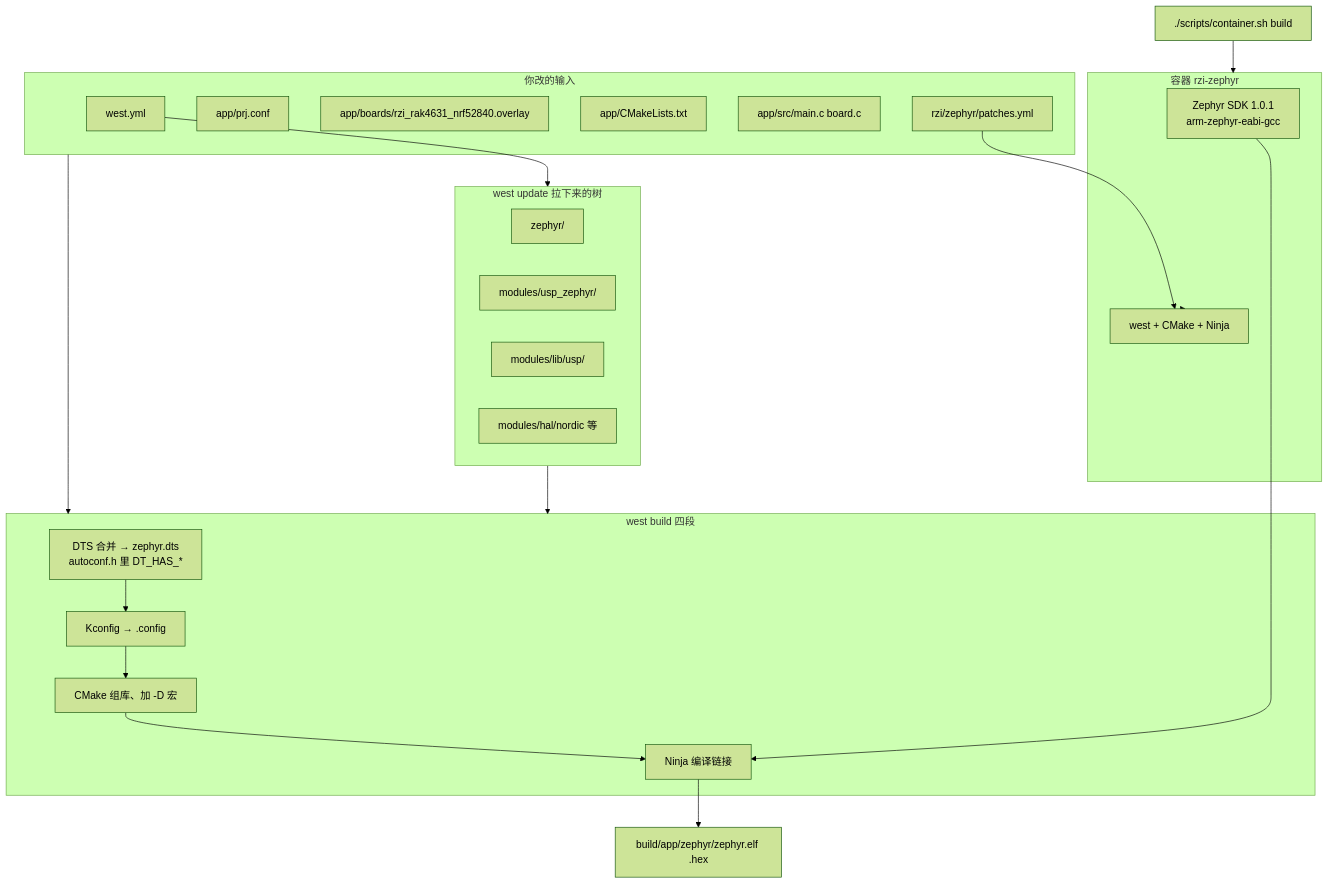
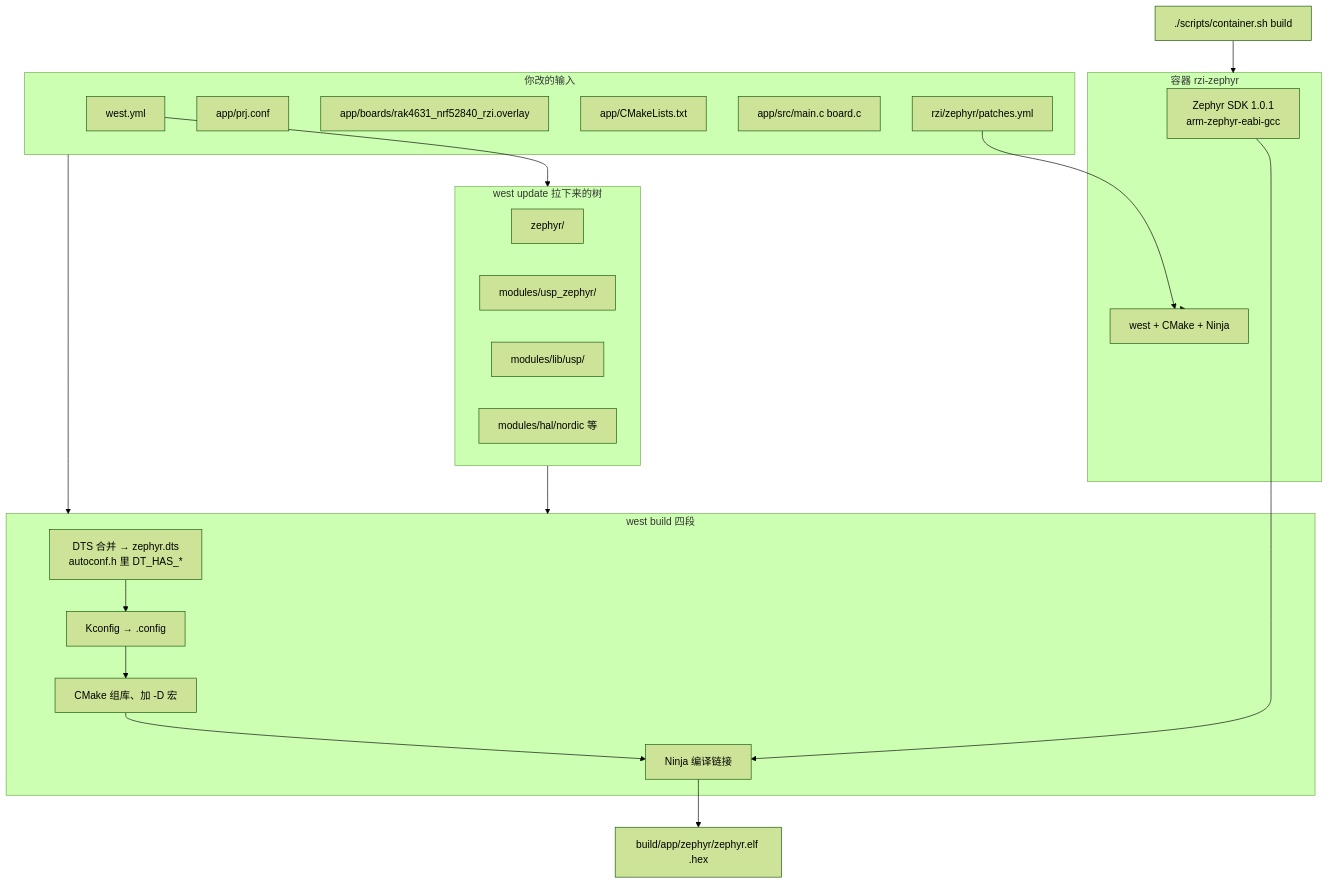
Before and after one commit to DanielCao0/RZI_Example: the first of 3 diagrams in doc/build-pipeline.md, drawn with Mermaid (forest theme). The commit also changed other lines of this file and 11 other files, not shown here.

First line of the commit message:
feat: migrate the counter app to current RZI SDK targets

````diff
--- a/doc/build-pipeline.md
+++ b/doc/build-pipeline.md
@@ -19,46 +19,46 @@
 ```mermaid
 flowchart TB
   cmd["./scripts/container.sh build"]
 
   subgraph docker ["容器 rzi-zephyr"]
     sdk["Zephyr SDK 1.0.1<br/>arm-zephyr-eabi-gcc"]
     west["west + CMake + Ninja"]
   end
 
   subgraph inputs ["你改的输入"]
     yml["west.yml"]
     prj["app/prj.conf"]
-    overlay["app/boards/rzi_rak4631_nrf52840.overlay"]
+    overlay["app/boards/rak4631_nrf52840_rzi.overlay"]
     cmakeApp["app/CMakeLists.txt"]
     src["app/src/main.c board.c"]
     patches["rzi/zephyr/patches.yml"]
   end
 
   subgraph trees ["west update 拉下来的树"]
     z["zephyr/"]
     uz["modules/usp_zephyr/"]
     usp["modules/lib/usp/"]
     hal["modules/hal/nordic 等"]
   end
 
   subgraph stages ["west build 四段"]
     dts["DTS 合并 → zephyr.dts<br/>autoconf.h 里 DT_HAS_*"]
     kconf["Kconfig → .config"]
     cmake["CMake 组库、加 -D 宏"]
     ninja["Ninja 编译链接"]
   end
 
   out["build/app/zephyr/zephyr.elf .hex"]
 
   cmd --> docker
   docker --> west
   patches --> west
   yml --> trees
   inputs --> stages
   trees --> stages
   sdk --> ninja
   dts --> kconf
   kconf --> cmake
   cmake --> ninja
   ninja --> out
 ```
````
